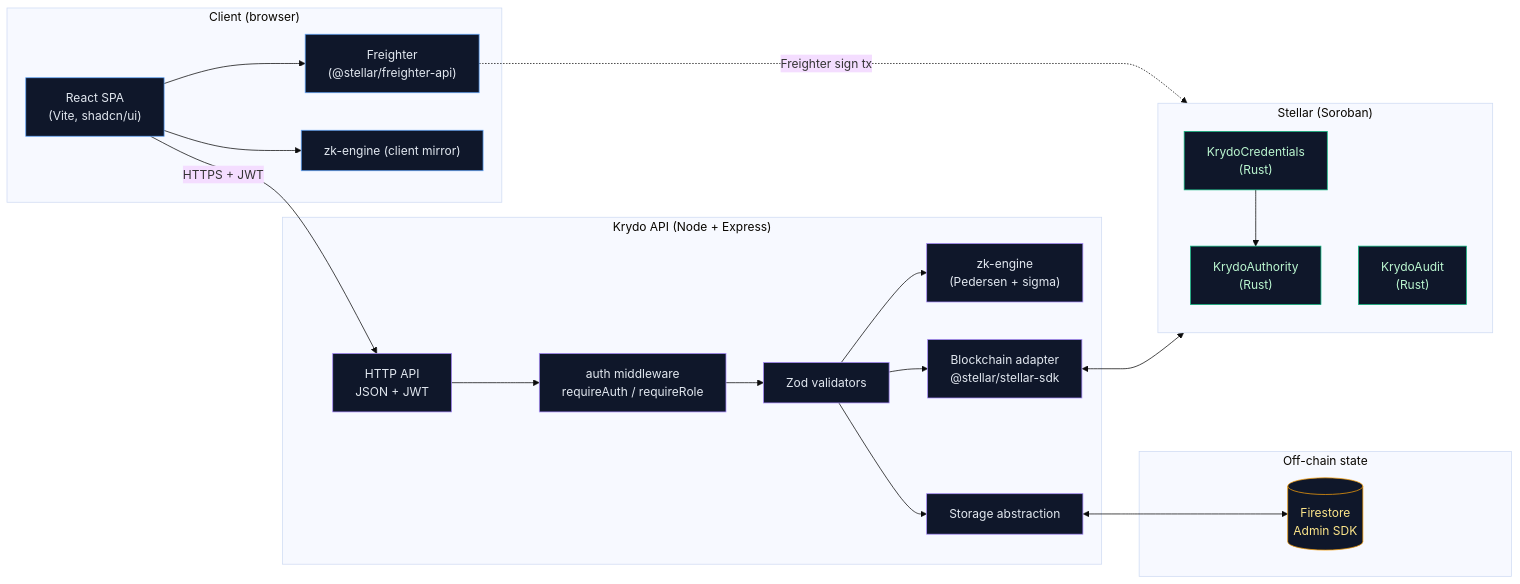
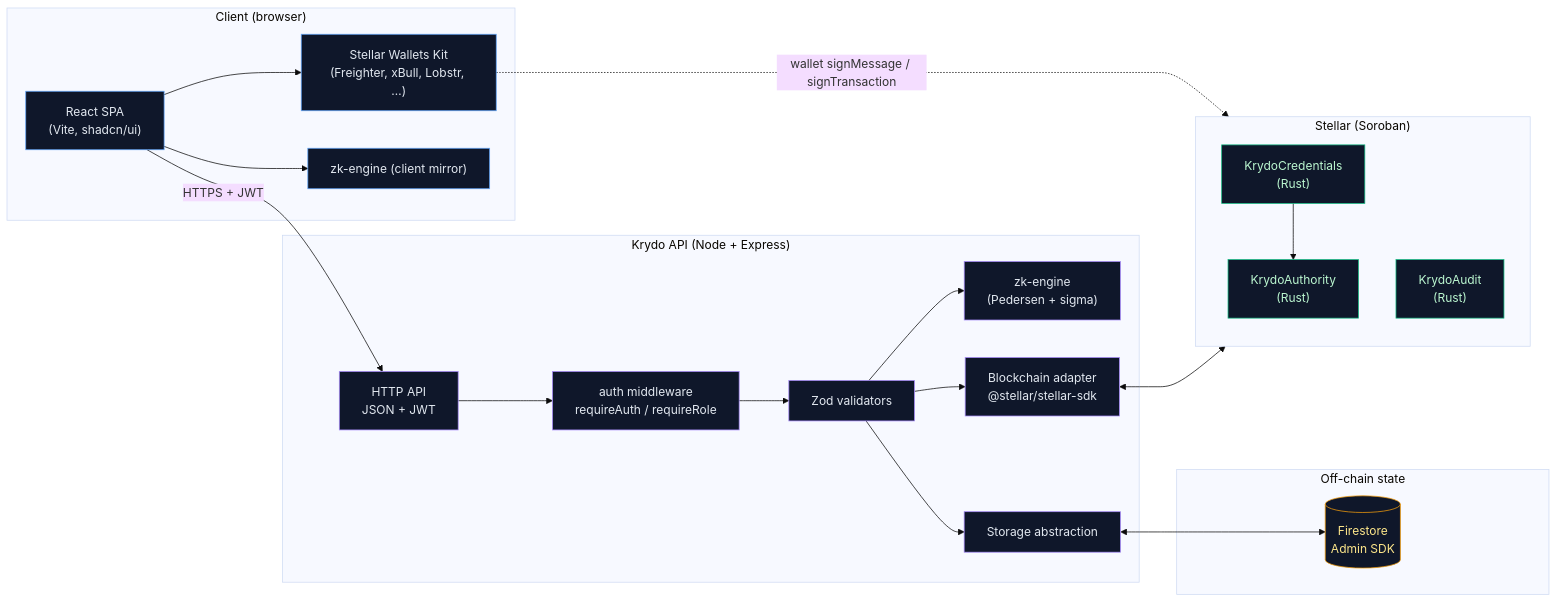
One commit to nishant-uxs/krydo-stellar changed the first of 26 diagrams in DOCUMENTATION.md. Above: the diagram before and after it, drawn with Mermaid (base theme). The commit also changed other lines of this file and 2 other files, not shown here.

Commit message:
Align README and docs with wallet-signed Soroban flows.

````diff
--- a/DOCUMENTATION.md
+++ b/DOCUMENTATION.md
@@ -42,48 +42,48 @@
 ```mermaid
 flowchart LR
     subgraph Client["Client (browser)"]
         UI["React SPA<br/>(Vite, shadcn/ui)"]
-        FRT["Freighter<br/>(@stellar/freighter-api)"]
+        KIT["Stellar Wallets Kit<br/>(Freighter, xBull, Lobstr, …)"]
         ZKC["zk-engine (client mirror)"]
-        UI --> FRT
+        UI --> KIT
         UI --> ZKC
     end
 
     subgraph Server["Krydo API (Node + Express)"]
         API["HTTP API<br/>JSON + JWT"]
         AUTHM["auth middleware<br/>requireAuth / requireRole"]
         VAL["Zod validators"]
         ZKE["zk-engine<br/>(Pedersen + sigma)"]
         STORE["Storage abstraction"]
         BC["Blockchain adapter<br/>@stellar/stellar-sdk"]
         API --> AUTHM --> VAL
         VAL --> ZKE
         VAL --> STORE
         VAL --> BC
     end
 
     subgraph Data["Off-chain state"]
         FS[("Firestore<br/>Admin SDK")]
     end
 
     subgraph Chain["Stellar (Soroban)"]
         KA["KrydoAuthority<br/>(Rust)"]
         KC["KrydoCredentials<br/>(Rust)"]
         KAU["KrydoAudit<br/>(Rust)"]
         KC --> KA
     end
 
     UI -- "HTTPS + JWT" --> API
-    FRT -. "Freighter sign tx" .-> Chain
+    KIT -. "wallet signMessage / signTransaction" .-> Chain
     STORE <--> FS
     BC <--> Chain
 
     classDef client fill:#0f172a,stroke:#60a5fa,color:#e2e8f0
     classDef server fill:#0f172a,stroke:#a78bfa,color:#e2e8f0
     classDef data fill:#0f172a,stroke:#f59e0b,color:#fde68a
     classDef chain fill:#0f172a,stroke:#10b981,color:#bbf7d0
-    class UI,FRT,ZKC client
+    class UI,KIT,ZKC client
     class API,AUTHM,VAL,ZKE,STORE,BC server
     class FS data
     class KA,KC,KAU chain
 ```
````
